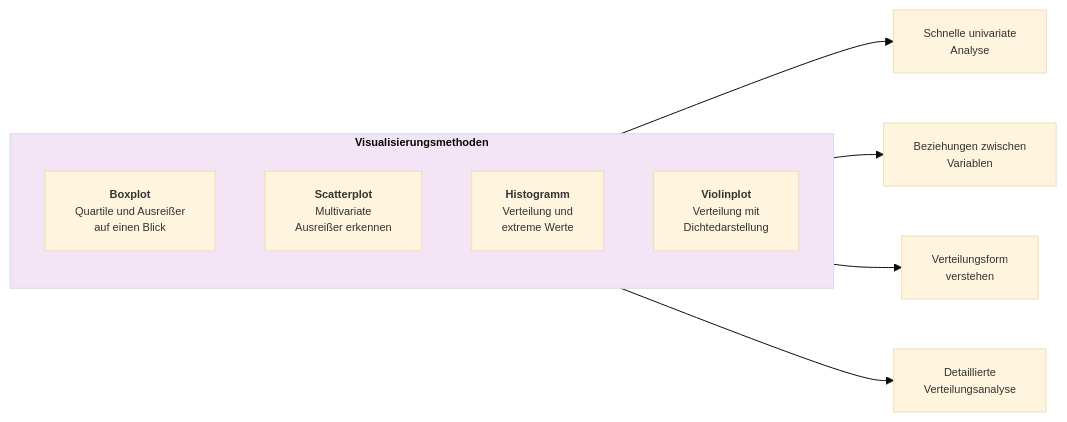
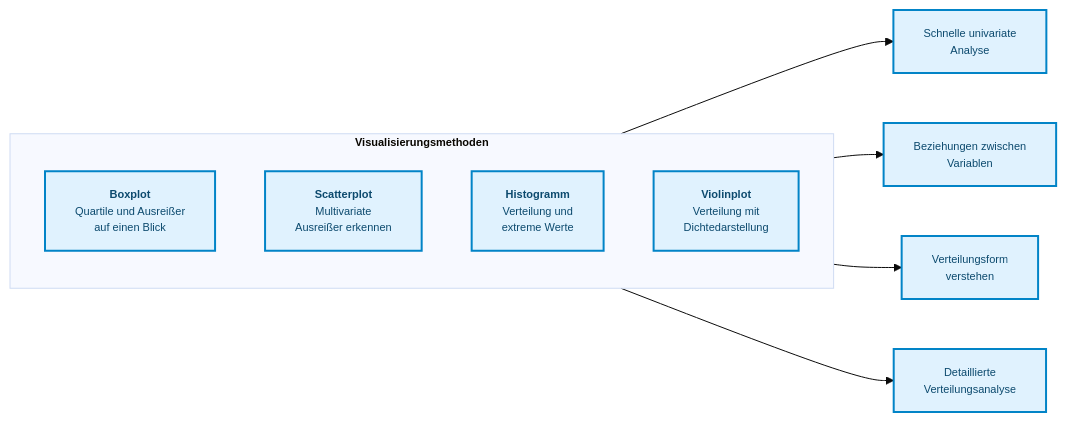
One commit to ralf-42/ML_Intro changed the sixth of 7 diagrams in docs/concepts/prepare/outlier.md. Above: the diagram before and after it, drawn with Mermaid. The commit also changed other lines of this file and 67 other files, not shown here.

````diff
--- a/docs/concepts/prepare/outlier.md
+++ b/docs/concepts/prepare/outlier.md
@@ -213,18 +211,18 @@
 ```mermaid
 %%{init: {'theme': 'base', 'themeVariables': {'fontSize': '11px'}}}%%
 flowchart LR
     subgraph viz["<b>Visualisierungsmethoden"]
         direction TB
         boxplot["<b>Boxplot</b><br/>Quartile und Ausreißer<br/>auf einen Blick"]
         scatter["<b>Scatterplot</b><br/>Multivariate<br/>Ausreißer erkennen"]
         histogram["<b>Histogramm</b><br/>Verteilung und<br/>extreme Werte"]
         violin["<b>Violinplot</b><br/>Verteilung mit<br/>Dichtedarstellung"]
     end
 
     boxplot --> bp_use["Schnelle univariate<br/>Analyse"]
     scatter --> sc_use["Beziehungen zwischen<br/>Variablen"]
     histogram --> hist_use["Verteilungsform<br/>verstehen"]
     violin --> vio_use["Detaillierte<br/>Verteilungsanalyse"]
 
-    style viz fill:#f3e5f5
+classDef default fill:#e0f2fe,stroke:#0284c7,stroke-width:2px,color:#0c4a6e;
 ```
````
